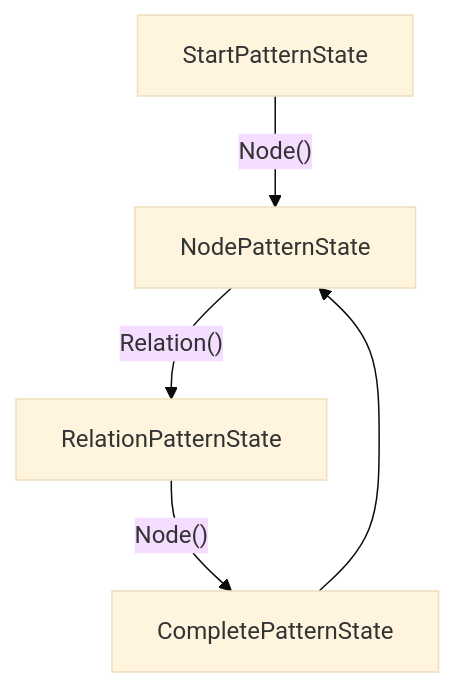
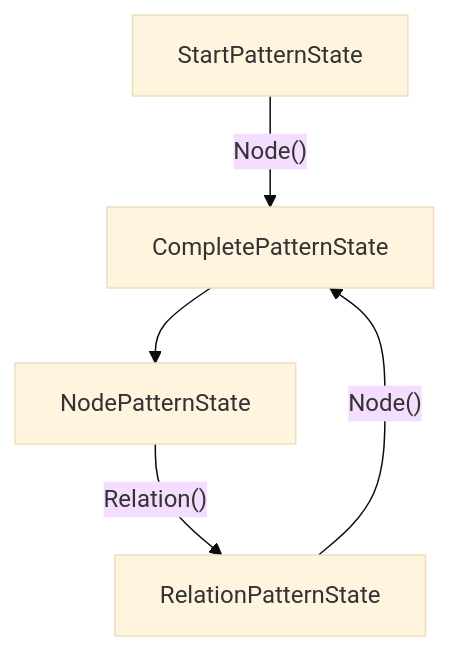
Before and after one commit to Deb84/NeoQueries: the diagram in docs/Patterns.mermaid, drawn with Mermaid (base theme). The commit also changed 1 other file, not shown here.

Commit message:
fix(patterns): a pattern can now contain a unique node

```diff
--- a/docs/Patterns.mermaid
+++ b/docs/Patterns.mermaid
@@ -1,5 +1,5 @@
 flowchart TD
-    StartPatternState --> |"Node()"| NodePatternState
+    StartPatternState --> |"Node()"| CompletePatternState
     NodePatternState --> |"Relation()"| RelationPatternState
     RelationPatternState --> |"Node()"| CompletePatternState
     CompletePatternState --> NodePatternState
```
